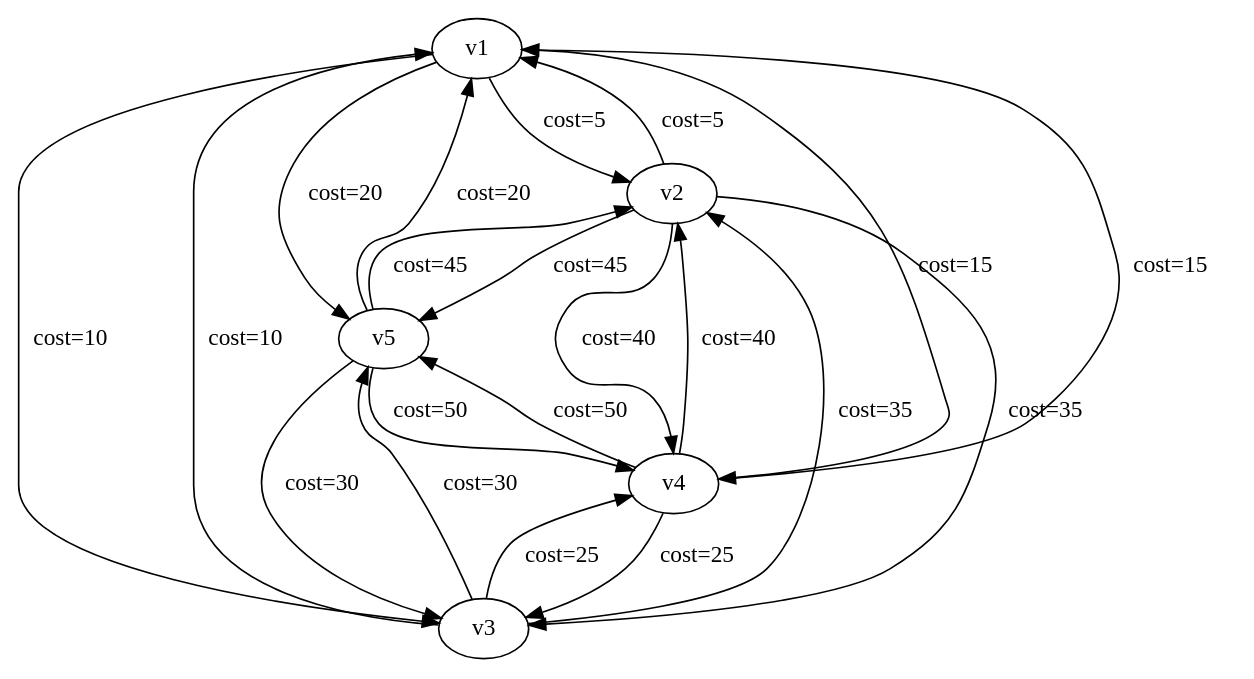
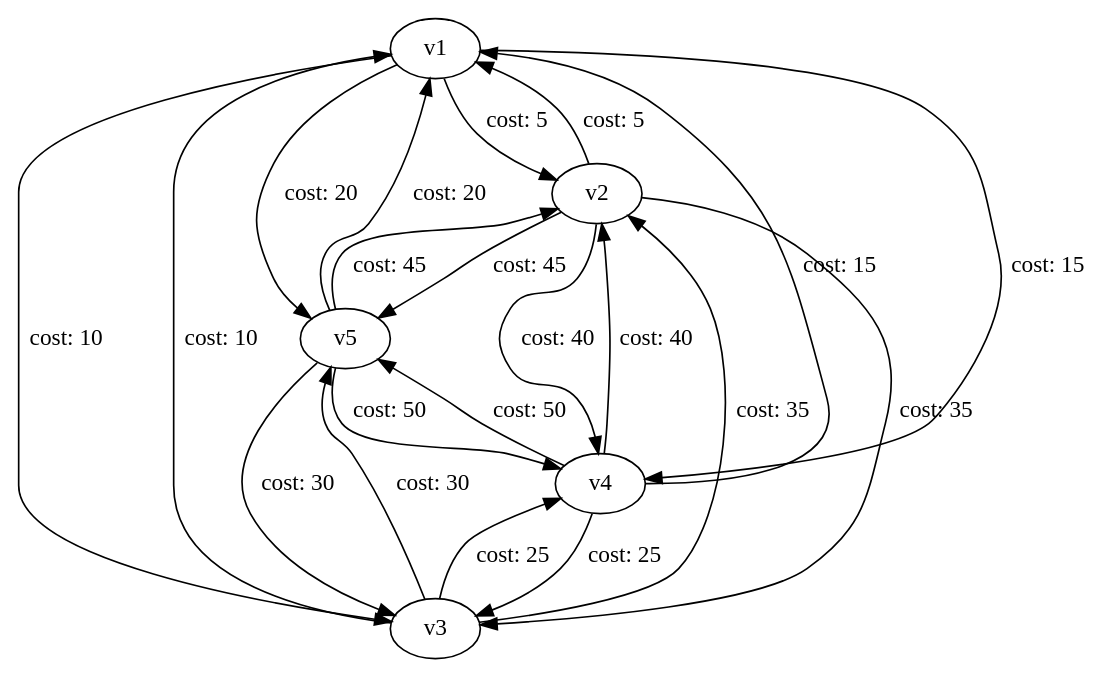
Before and after one commit to MaxPower9001/B-AI3GKAP: the diagram in io/graph_10.dot, drawn with Graphviz. The commit also changed 41 other files, not shown here.

```diff
--- a/io/graph_10.dot
+++ b/io/graph_10.dot
@@ -1,28 +1,27 @@
-digraph graph_10
-{
-v1
-v2
-v3
-v4
-v5
-v1 -> v2 [label="cost=5  "]
-v1 -> v3 [label="cost=10  "]
-v1 -> v4 [label="cost=15  "]
-v1 -> v5 [label="cost=20  "]
-v2 -> v1 [label="cost=5  "]
-v2 -> v3 [label="cost=35  "]
-v2 -> v4 [label="cost=40  "]
-v2 -> v5 [label="cost=45  "]
-v3 -> v1 [label="cost=10  "]
-v3 -> v2 [label="cost=35  "]
-v3 -> v4 [label="cost=25  "]
-v3 -> v5 [label="cost=30  "]
-v4 -> v1 [label="cost=15  "]
-v4 -> v2 [label="cost=40  "]
-v4 -> v3 [label="cost=25  "]
-v4 -> v5 [label="cost=50  "]
-v5 -> v1 [label="cost=20  "]
-v5 -> v2 [label="cost=45  "]
-v5 -> v3 [label="cost=30  "]
-v5 -> v4 [label="cost=50  "]
+digraph G {
+	v1 -> v2 [label="cost: 5"];
+	v1 -> v3 [label="cost: 10"];
+	v1 -> v4 [label="cost: 15"];
+	v1 -> v5 [label="cost: 20"];
+	v2 -> v1 [label="cost: 5"];
+	v2 -> v3 [label="cost: 35"];
+	v2 -> v4 [label="cost: 40"];
+	v2 -> v5 [label="cost: 45"];
+	v3 -> v1 [label="cost: 10"];
+	v3 -> v2 [label="cost: 35"];
+	v3 -> v4 [label="cost: 25"];
+	v3 -> v5 [label="cost: 30"];
+	v4 -> v1 [label="cost: 15"];
+	v4 -> v2 [label="cost: 40"];
+	v4 -> v3 [label="cost: 25"];
+	v4 -> v5 [label="cost: 50"];
+	v5 -> v1 [label="cost: 20"];
+	v5 -> v2 [label="cost: 45"];
+	v5 -> v3 [label="cost: 30"];
+	v5 -> v4 [label="cost: 50"];
+	v1 [label="v1"];
+	v2 [label="v2"];
+	v3 [label="v3"];
+	v4 [label="v4"];
+	v5 [label="v5"];
 }
```
